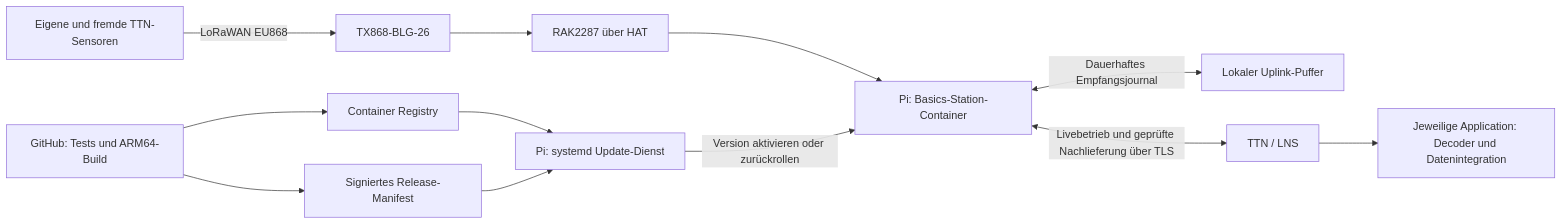
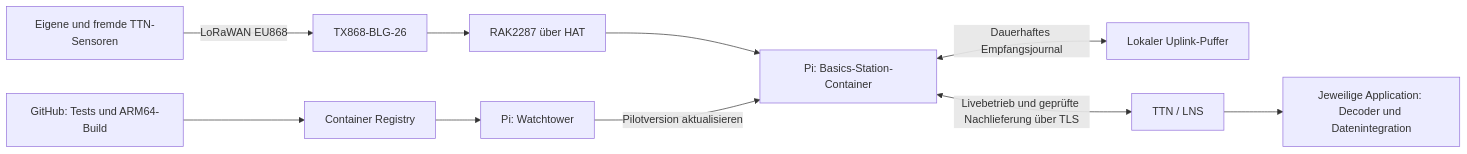
One commit to erik-metz/hack-the-ried changed the diagram in docs/gateway/implementierungsplan.md. Above: the diagram before and after it, drawn with Mermaid. The commit also changed other lines of this file and 11 other files, not shown here.

````diff
--- a/docs/gateway/implementierungsplan.md
+++ b/docs/gateway/implementierungsplan.md
@@ -84,14 +85,12 @@
 ```mermaid
 flowchart LR
     S[Eigene und fremde TTN-Sensoren] -->|LoRaWAN EU868| A[TX868-BLG-26]
     A --> R[RAK2287 über HAT]
     R --> B[Pi: Basics-Station-Container]
     B <-->|Dauerhaftes Empfangsjournal| Q[Lokaler Uplink-Puffer]
     B <-->|Livebetrieb und geprüfte Nachlieferung über TLS| T[TTN / LNS]
     T --> X[Jeweilige Application: Decoder und Datenintegration]
     G[GitHub: Tests und ARM64-Build] --> C[Container Registry]
-    G --> M[Signiertes Release-Manifest]
-    C --> U[Pi: systemd Update-Dienst]
-    M --> U
-    U -->|Version aktivieren oder zurückrollen| B
+    C --> U[Pi: Watchtower]
+    U -->|Pilotversion aktualisieren| B
 ```
````
